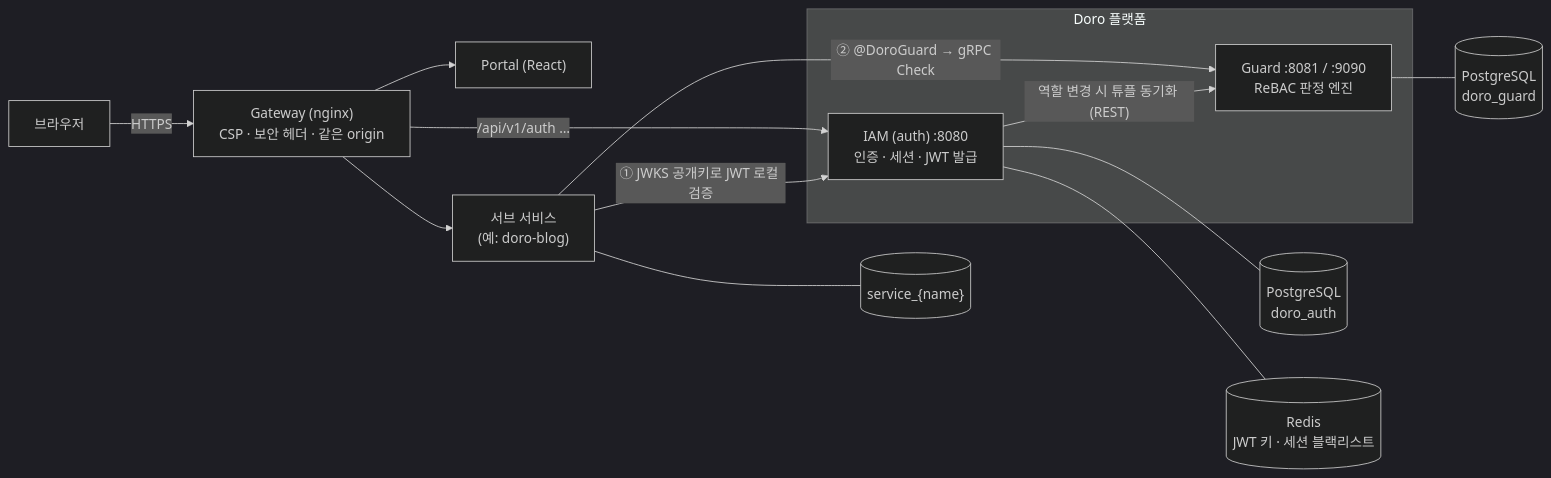
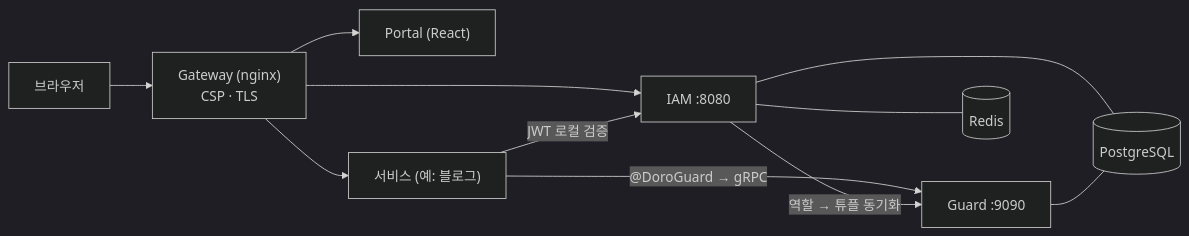
The second of 2 diagrams in README.md (yu-teacher/doro), drawn with Mermaid (dark theme) before and after one commit. The commit also changed other lines of this file, not shown here.

First line of the commit message:
README: rewrite as an introduction for reviewers (English summary, Guard/Zanzibar centerpiece)

````diff
--- a/README.md
+++ b/README.md
@@ -54,21 +92,13 @@
 ```mermaid
 flowchart LR
-    Browser["브라우저"] -->|HTTPS| GW["Gateway (nginx)<br/>CSP · 보안 헤더 · 같은 origin"]
-    GW --> Portal["Portal (React)"]
-    GW -->|/api/v1/auth …| IAM
-    GW --> Svc["서브 서비스<br/>(예: doro-blog)"]
-
-    subgraph Doro ["Doro 플랫폼"]
-        IAM["IAM (auth) :8080<br/>인증 · 세션 · JWT 발급"]
-        Guard["Guard :8081 / :9090<br/>ReBAC 판정 엔진"]
-    end
-
-    Svc -->|"① JWKS 공개키로 JWT 로컬 검증"| IAM
-    Svc -->|"② @DoroGuard → gRPC Check"| Guard
-    IAM -->|"역할 변경 시 튜플 동기화 (REST)"| Guard
-
-    IAM --- PG[("PostgreSQL<br/>doro_auth")]
-    Guard --- PG2[("PostgreSQL<br/>doro_guard")]
-    IAM --- R[("Redis<br/>JWT 키 · 세션 블랙리스트")]
-    Svc --- PG3[("service_{name}")]
+    B["브라우저"] --> GW["Gateway (nginx)<br/>CSP · TLS"]
+    GW --> P["Portal (React)"]
+    GW --> I["IAM :8080"]
+    GW --> S["서비스 (예: 블로그)"]
+    S -->|"JWT 로컬 검증"| I
+    S -->|"@DoroGuard → gRPC"| G["Guard :9090"]
+    I -->|"역할 → 튜플 동기화"| G
+    I --- PG[("PostgreSQL")]
+    G --- PG
+    I --- R[("Redis")]
 ```
````
